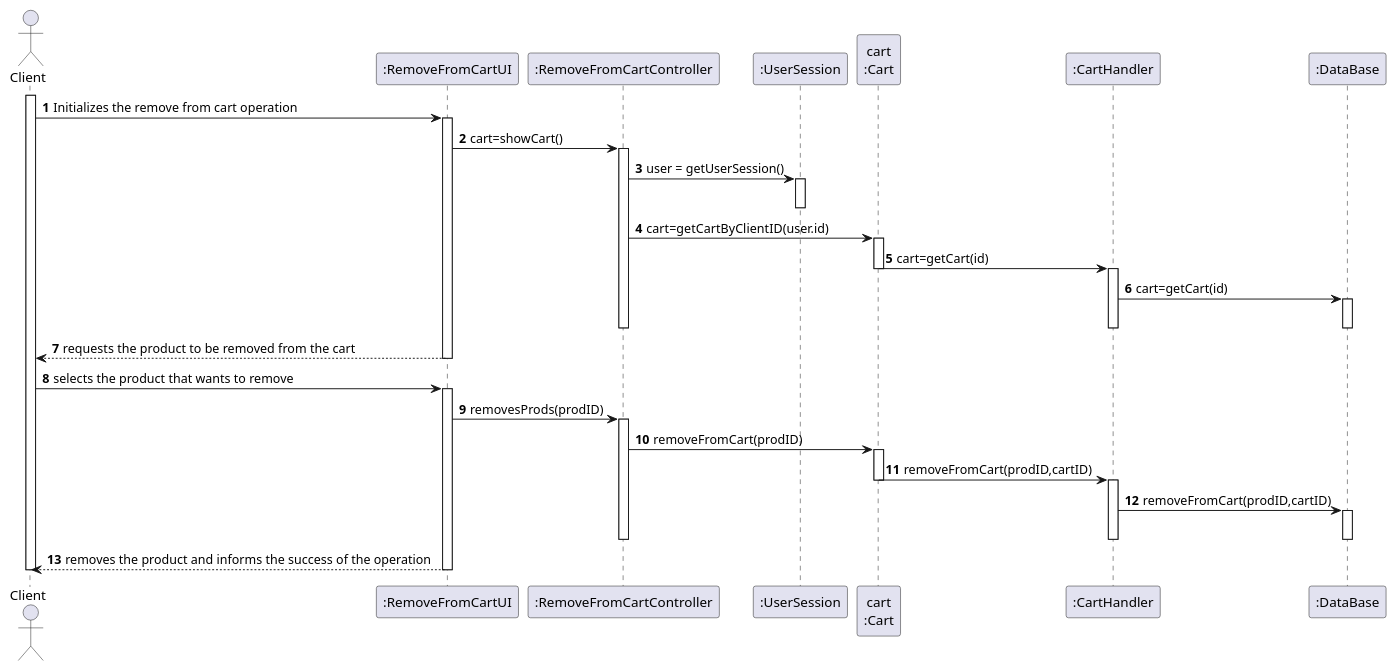
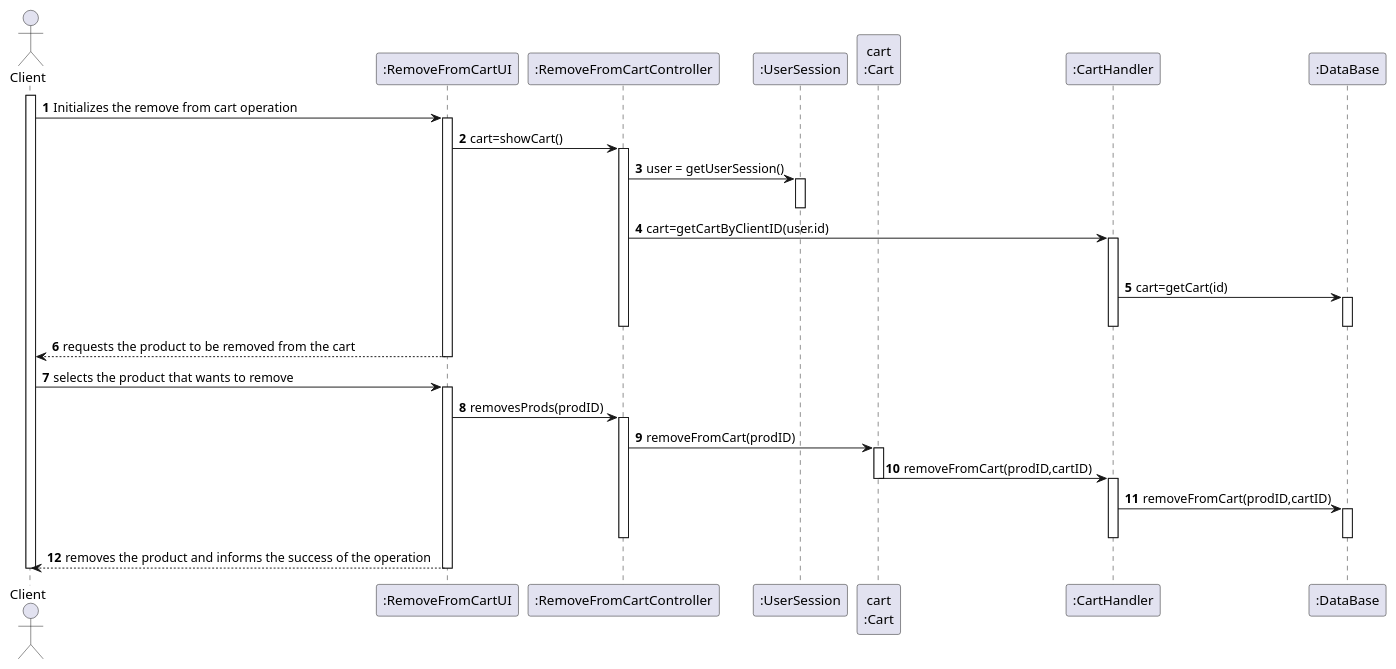
The diagram in Documents/UC13/SD.puml (1190452/LAPR3), drawn with PlantUML before and after one commit. The commit also changed 3 other files, not shown here.

```diff
--- a/Documents/UC13/SD.puml
+++ b/Documents/UC13/SD.puml
@@ -1,85 +1,85 @@
 @startuml
 autonumber
 
 actor "Client" as COL
 participant ":RemoveFromCartUI" as UI
 participant ":RemoveFromCartController" as CTRL
 participant ":UserSession" as SESS
 participant "cart\n:Cart" as CT
 participant ":CartHandler" as CART
 
 participant ":DataBase" as DB
 
 
 
 
 activate COL
 
 COL -> UI : Initializes the remove from cart operation
 activate UI
 
 
 
 
 UI -> CTRL :cart=showCart()
 activate CTRL
 
 CTRL -> SESS : user = getUserSession()
 activate SESS
 deactivate SESS
 
-CTRL -> CT : cart=getCartByClientID(user.id)
-activate CT
-CT -> CART : cart=getCart(id)
+CTRL -> CART : cart=getCartByClientID(user.id)
+activate CART
+
 deactivate CT
-activate CART
+
 
 
 
 
 CART -> DB : cart=getCart(id)
 activate DB
 deactivate DB
 deactivate CART
 
 
 
 
 deactivate CTRL
 
 UI --> COL : requests the product to be removed from the cart
 
 
 
 deactivate UI
 
 
 COL -> UI :selects the product that wants to remove
 activate UI
 
 UI -> CTRL : removesProds(prodID)
 activate CTRL
 CTRL -> CT : removeFromCart(prodID)
 activate CT
 CT -> CART : removeFromCart(prodID,cartID)
 deactivate CT
 activate CART
 
 
 
 
 CART -> DB : removeFromCart(prodID,cartID)
 activate DB
 deactivate DB
 deactivate CART
 deactivate CT
 deactivate CTRL
 
 
 
 UI --> COL : removes the product and informs the success of the operation
 deactivate UI
 
 deactivate COL
 
 @enduml
```
